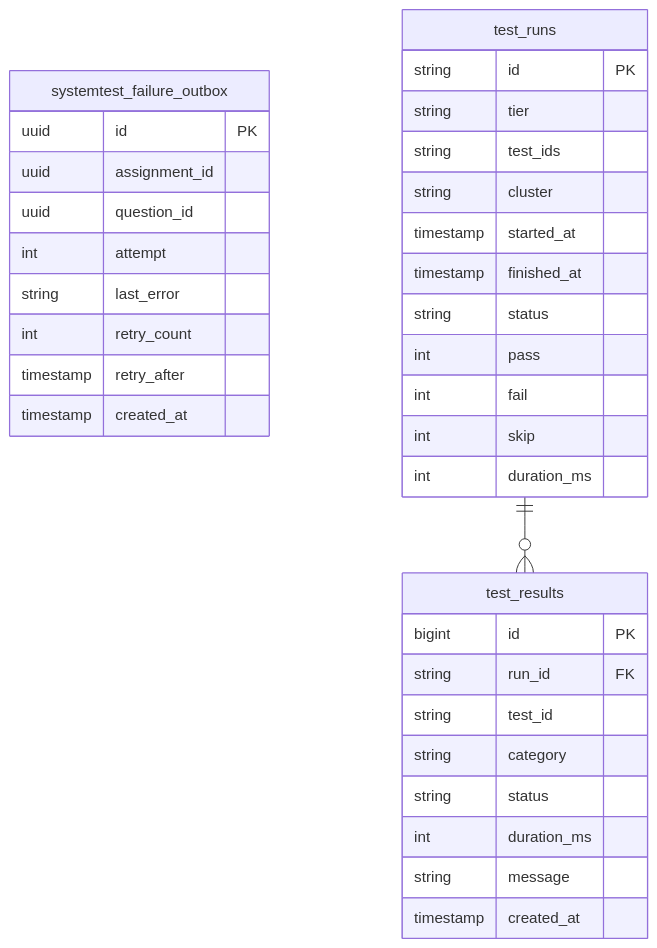
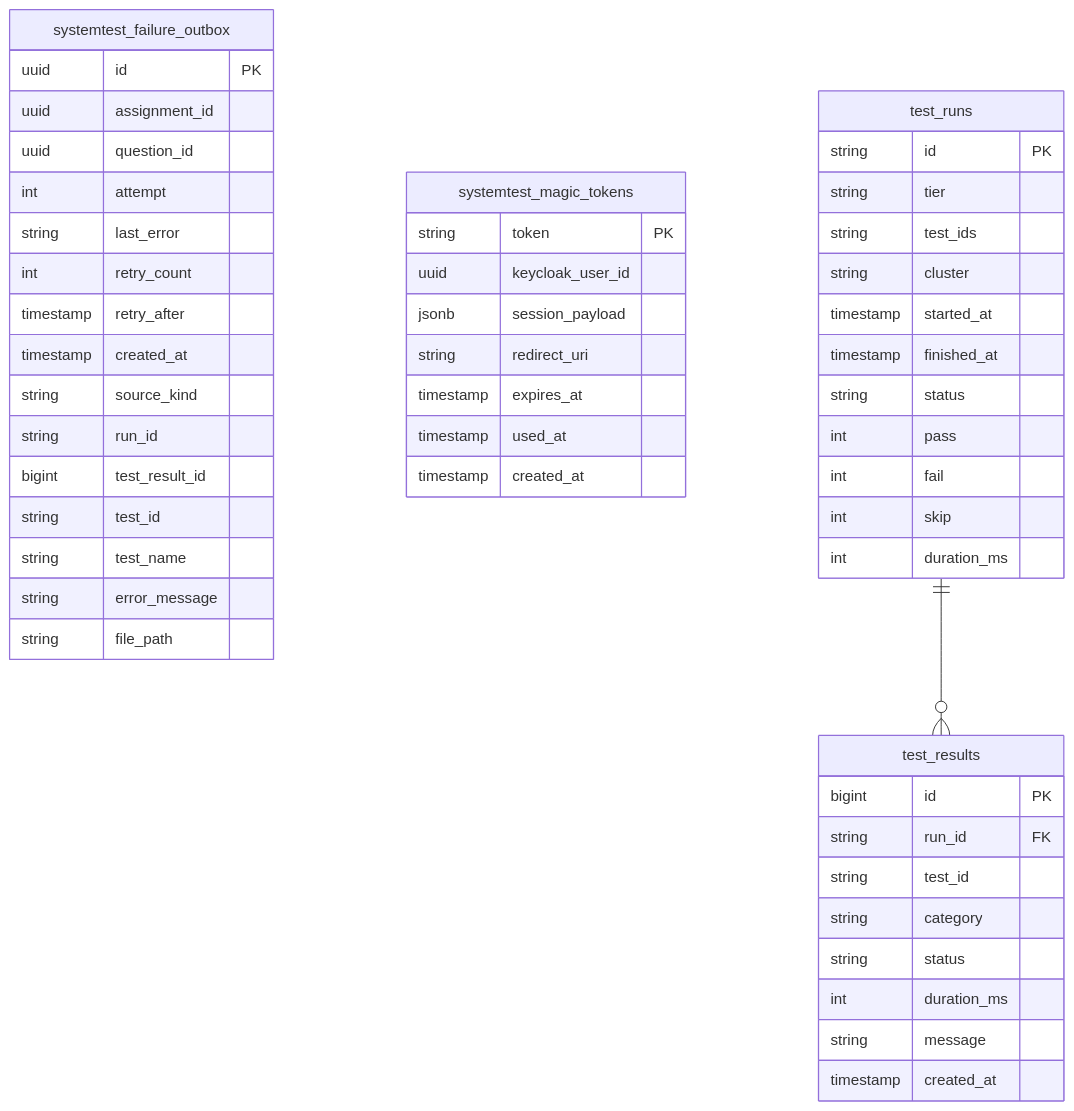
Before and after one commit to Paddione/Bachelorprojekt: the sixth of 8 diagrams in docs/db-schema-diagram.md, drawn with Mermaid. The commit also changed other lines of this file and 32 other files, not shown here.

````diff
--- a/docs/db-schema-diagram.md
+++ b/docs/db-schema-diagram.md
@@ -683,37 +829,53 @@
 ```mermaid
 erDiagram
   systemtest_failure_outbox {
     uuid id PK
     uuid assignment_id
     uuid question_id
     int attempt
     string last_error
     int retry_count
     timestamp retry_after
+    timestamp created_at
+    string source_kind
+    string run_id
+    bigint test_result_id
+    string test_id
+    string test_name
+    string error_message
+    string file_path
+  }
+  systemtest_magic_tokens {
+    string token PK
+    uuid keycloak_user_id
+    jsonb session_payload
+    string redirect_uri
+    timestamp expires_at
+    timestamp used_at
     timestamp created_at
   }
   test_results {
     bigint id PK
     string run_id FK
     string test_id
     string category
     string status
     int duration_ms
     string message
     timestamp created_at
   }
   test_runs {
     string id PK
     string tier
     string test_ids
     string cluster
     timestamp started_at
     timestamp finished_at
     string status
     int pass
     int fail
     int skip
     int duration_ms
   }
   test_runs ||--o{ test_results : ""
 ```
````
